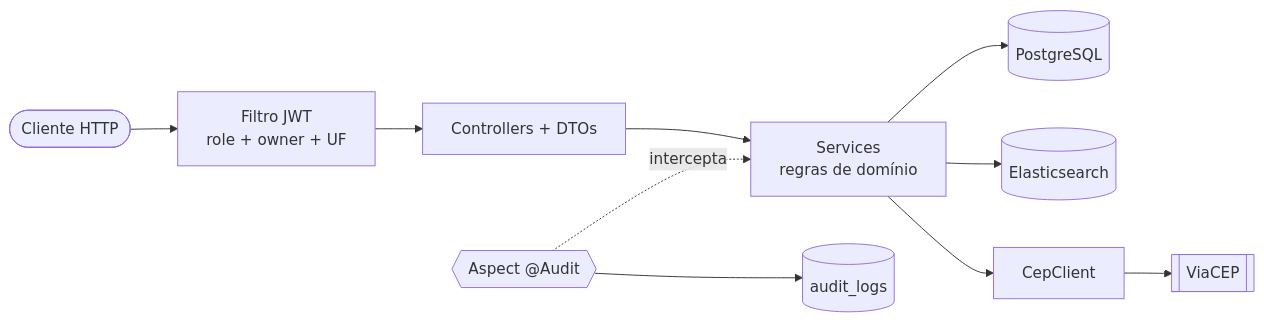
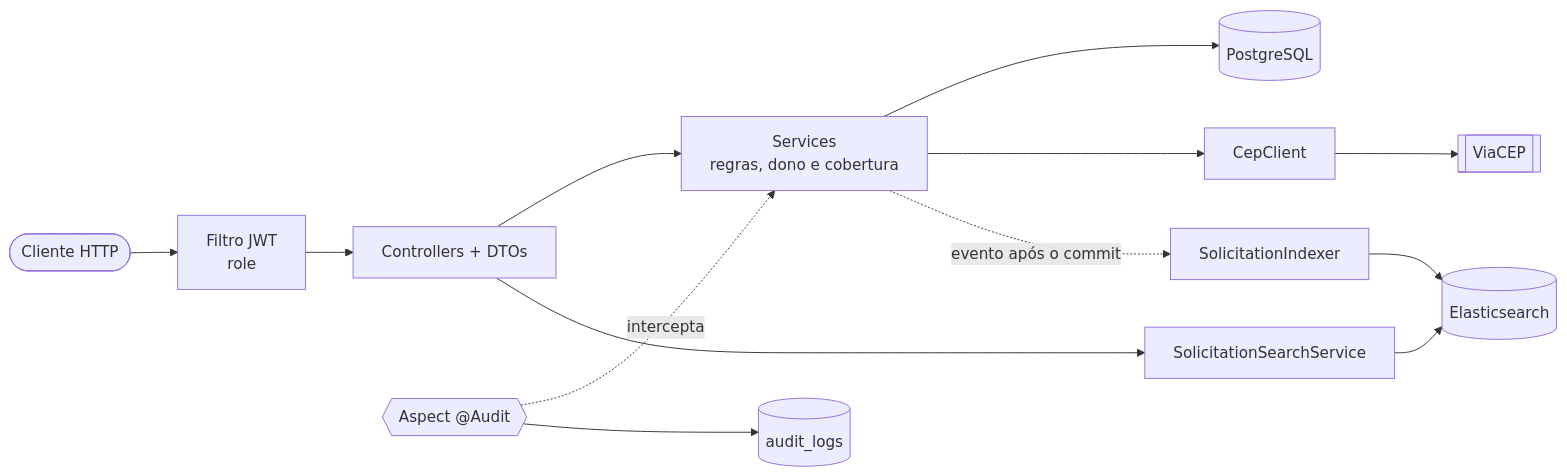
One commit to GuilhermeLuan/desafiobackend-sea changed the second of 2 diagrams in README.md. Above: the diagram before and after it, drawn with Mermaid. The commit also changed other lines of this file, not shown here.

````diff
--- a/README.md
+++ b/README.md
@@ -147,11 +224,12 @@
 ```mermaid
 flowchart LR
-    Client([Cliente HTTP]) --> SEC[Filtro JWT<br/>role + owner + UF]
+    Client([Cliente HTTP]) --> SEC[Filtro JWT<br/>role]
     SEC --> CTL[Controllers + DTOs]
-    CTL --> SVC[Services<br/>regras de domínio]
+    CTL --> SVC[Services<br/>regras, dono e cobertura]
     SVC --> REPO[(PostgreSQL)]
-    SVC --> IDX[(Elasticsearch)]
     SVC --> VIA[CepClient] --> VC[[ViaCEP]]
+    SVC -. evento após o commit .-> IDX[SolicitationIndexer] --> ES[(Elasticsearch)]
+    CTL --> BUSCA[SolicitationSearchService] --> ES
     AOP{{Aspect @Audit}} -.intercepta.-> SVC
     AOP --> AL[(audit_logs)]
 ```
````
